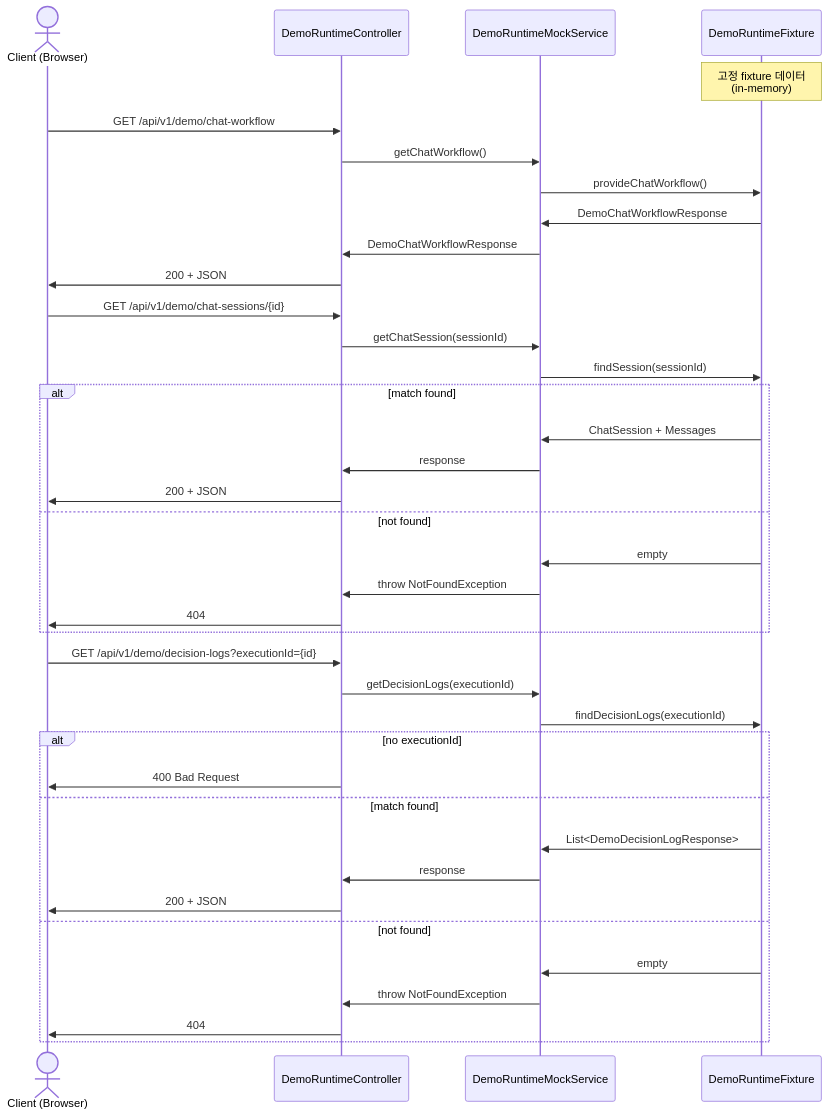
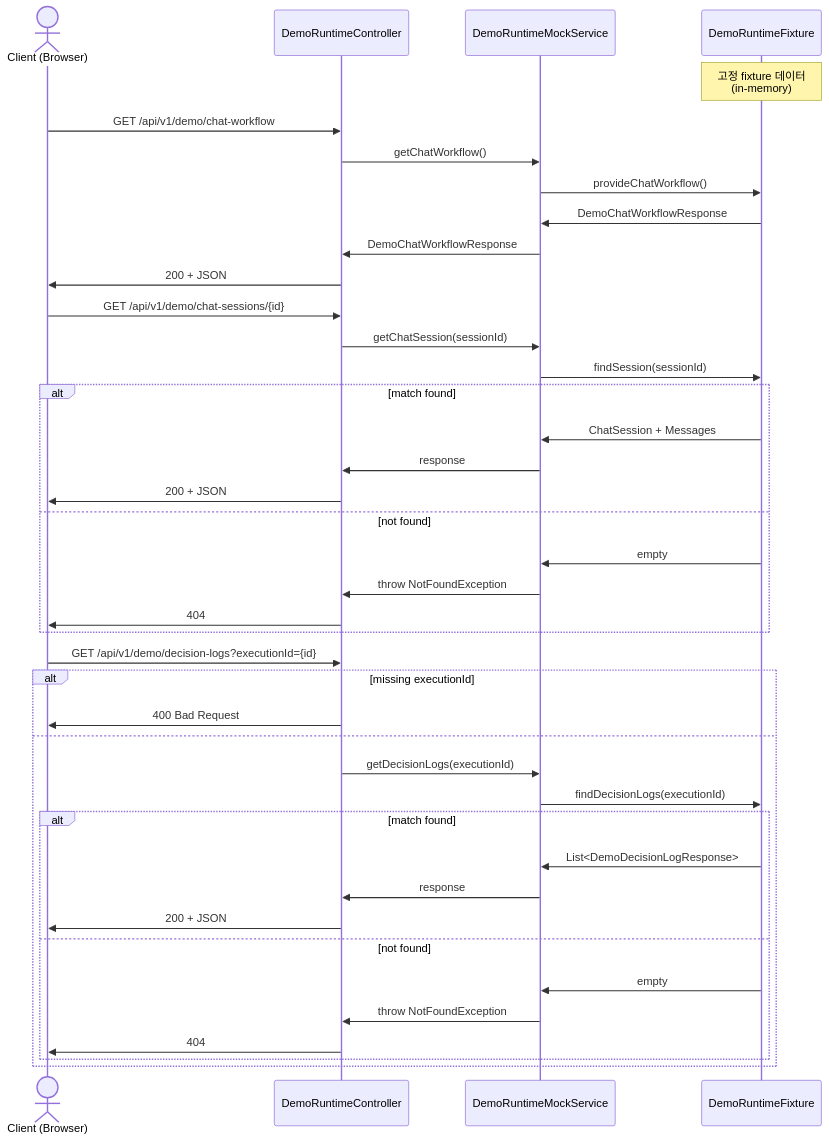
One commit to ajou-2026-1-capstone-5/ostone changed the first of 2 diagrams in .agent/specs/4.1.5.md. Above: the diagram before and after it, drawn with Mermaid. The commit also changed other lines of this file, not shown here.

Commit message:
fix(spec): fix sequence diagram executionId validation order and response description

````diff
--- a/.agent/specs/4.1.5.md
+++ b/.agent/specs/4.1.5.md
@@ -18,44 +18,46 @@
 ```mermaid
 sequenceDiagram
     actor c as Client (Browser)
     participant ctrl as DemoRuntimeController
     participant svc as DemoRuntimeMockService
     participant fix as DemoRuntimeFixture
     
     note over fix: 고정 fixture 데이터<br/>(in-memory)
     
     c ->> ctrl: GET /api/v1/demo/chat-workflow
     ctrl ->> svc: getChatWorkflow()
     svc ->> fix: provideChatWorkflow()
     fix ->> svc: DemoChatWorkflowResponse
     svc ->> ctrl: DemoChatWorkflowResponse
     ctrl ->> c: 200 + JSON
     
     c ->> ctrl: GET /api/v1/demo/chat-sessions/{id}
     ctrl ->> svc: getChatSession(sessionId)
     svc ->> fix: findSession(sessionId)
     alt match found
         fix ->> svc: ChatSession + Messages
         svc ->> ctrl: response
         ctrl ->> c: 200 + JSON
     else not found
         fix ->> svc: empty
         svc ->> ctrl: throw NotFoundException
         ctrl ->> c: 404
     end
     
     c ->> ctrl: GET /api/v1/demo/decision-logs?executionId={id}
-    ctrl ->> svc: getDecisionLogs(executionId)
-    svc ->> fix: findDecisionLogs(executionId)
-    alt no executionId
+    alt missing executionId
         ctrl ->> c: 400 Bad Request
-    else match found
-        fix ->> svc: List<DemoDecisionLogResponse>
-        svc ->> ctrl: response
-        ctrl ->> c: 200 + JSON
-    else not found
-        fix ->> svc: empty
-        svc ->> ctrl: throw NotFoundException
-        ctrl ->> c: 404
+    else
+        ctrl ->> svc: getDecisionLogs(executionId)
+        svc ->> fix: findDecisionLogs(executionId)
+        alt match found
+            fix ->> svc: List<DemoDecisionLogResponse>
+            svc ->> ctrl: response
+            ctrl ->> c: 200 + JSON
+        else not found
+            fix ->> svc: empty
+            svc ->> ctrl: throw NotFoundException
+            ctrl ->> c: 404
+        end
     end
 ```
````
